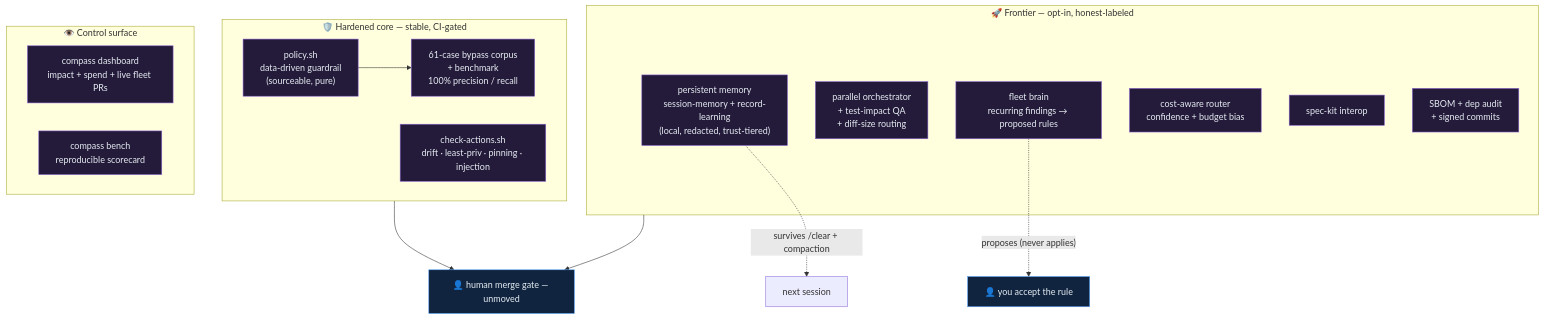
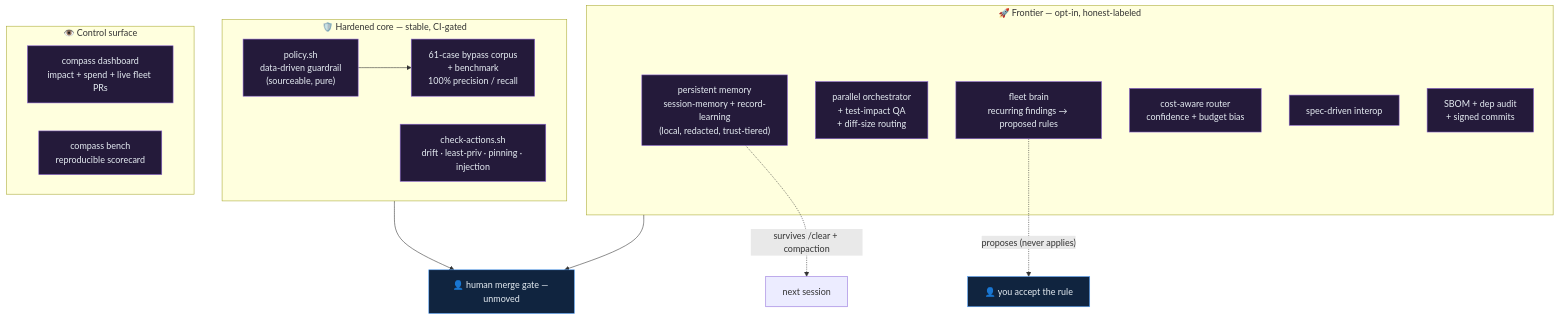
One commit to dshakes/compass changed the diagram in docs/16-hardening-and-frontier.md. Above: the diagram before and after it, drawn with Mermaid. The commit also changed other lines of this file and 2 other files, not shown here.

````diff
--- a/docs/16-hardening-and-frontier.md
+++ b/docs/16-hardening-and-frontier.md
@@ -19,29 +19,29 @@
 ```mermaid
 flowchart TB
   subgraph HARDEN["🛡️ Hardened core — stable, CI-gated"]
     pol["policy.sh<br/>data-driven guardrail<br/>(sourceable, pure)"]
     corp["61-case bypass corpus<br/>+ benchmark<br/>100% precision / recall"]
     act["check-actions.sh<br/>drift · least-priv · pinning · injection"]
     pol --> corp
   end
   subgraph FRONTIER["🚀 Frontier — opt-in, honest-labeled"]
     mem["persistent memory<br/>session-memory + record-learning<br/>(local, redacted, trust-tiered)"]
     par["parallel orchestrator<br/>+ test-impact QA<br/>+ diff-size routing"]
     brain["fleet brain<br/>recurring findings → proposed rules"]
     router["cost-aware router<br/>confidence + budget bias"]
-    spec["spec-kit interop"]
+    spec["spec-driven interop"]
     prov["SBOM + dep audit<br/>+ signed commits"]
   end
   subgraph SURFACE["👁️ Control surface"]
     dash["compass dashboard<br/>impact + spend + live fleet PRs"]
     bench["compass bench<br/>reproducible scorecard"]
   end
   HARDEN --> gate["👤 human merge gate — unmoved"]
   FRONTIER --> gate
   brain -.->|"proposes (never applies)"| human["👤 you accept the rule"]
   mem -.->|"survives /clear + compaction"| sess["next session"]
   classDef h fill:#241a3a,stroke:#8A63D2,color:#e6edf3
   classDef g fill:#10243f,stroke:#58a6ff,color:#e6edf3
   class pol,corp,act,mem,par,brain,router,spec,prov,dash,bench h
   class gate,human g
 ```
````
